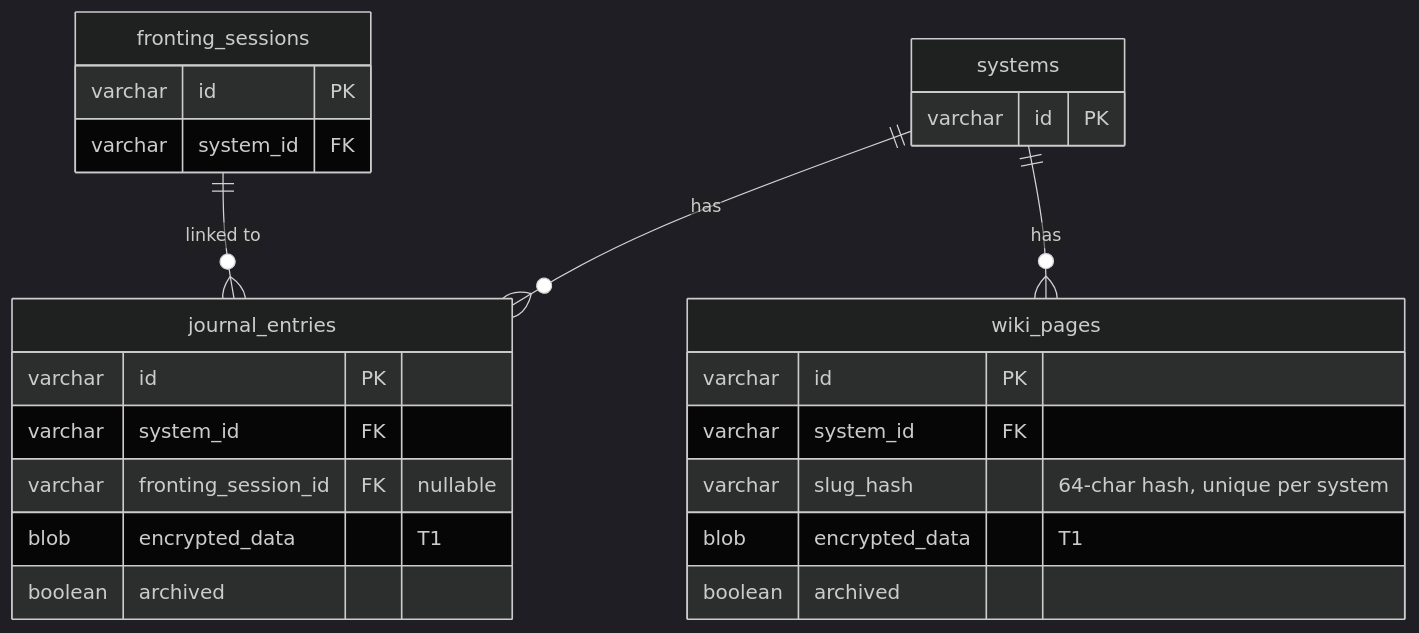
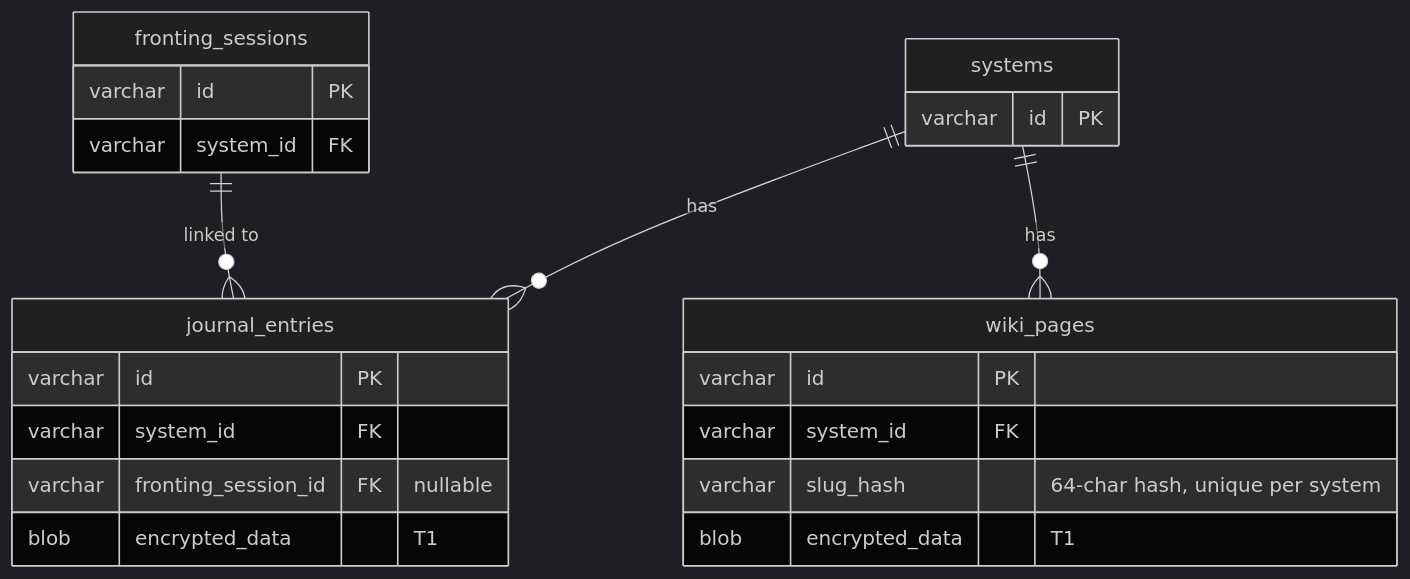
The tenth of 21 diagrams in docs/database-schema.md (ThePrismSystem/pluralscape-mono), drawn with Mermaid (dark theme) before and after one commit. The commit also changed other lines of this file and 5 other files, not shown here.

````diff
--- a/docs/database-schema.md
+++ b/docs/database-schema.md
@@ -581,31 +575,29 @@
 ```mermaid
 erDiagram
     systems {
         varchar id PK
     }
 
     fronting_sessions {
         varchar id PK
         varchar system_id FK
     }
 
     journal_entries {
         varchar id PK
         varchar system_id FK
         varchar fronting_session_id FK "nullable"
         blob encrypted_data "T1"
-        boolean archived
     }
 
     wiki_pages {
         varchar id PK
         varchar system_id FK
         varchar slug_hash "64-char hash, unique per system"
         blob encrypted_data "T1"
-        boolean archived
     }
 
     systems ||--o{ journal_entries : "has"
     fronting_sessions ||--o{ journal_entries : "linked to"
     systems ||--o{ wiki_pages : "has"
 ```
````
